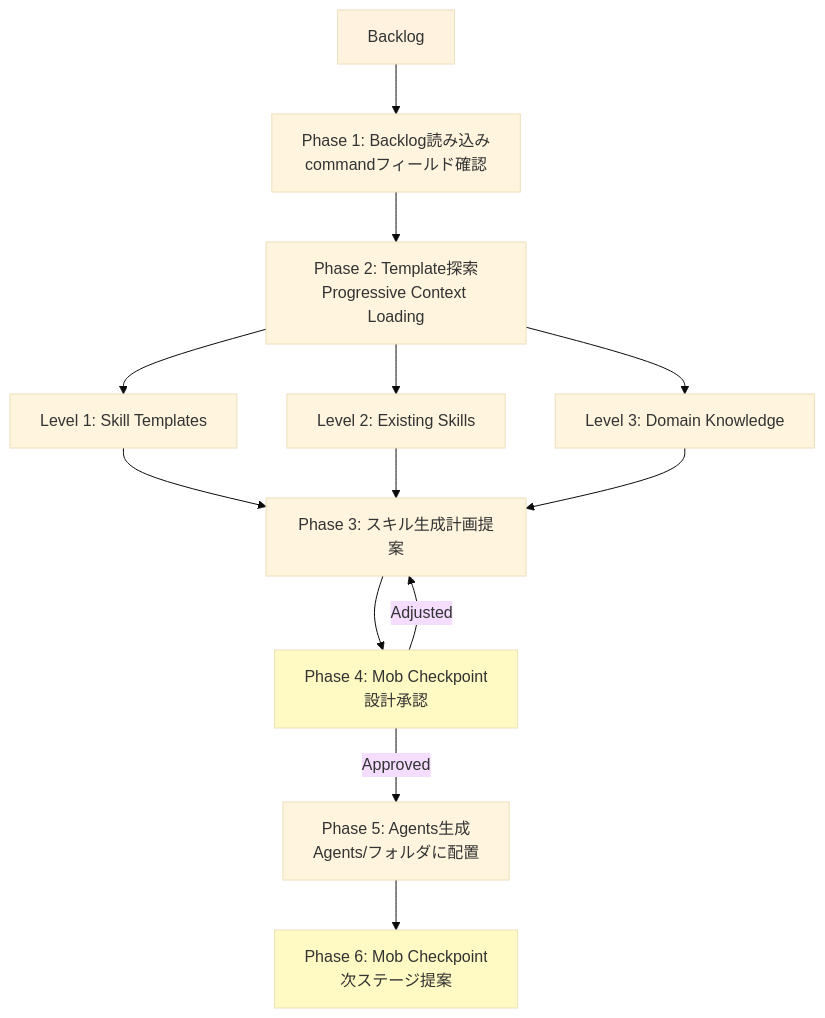
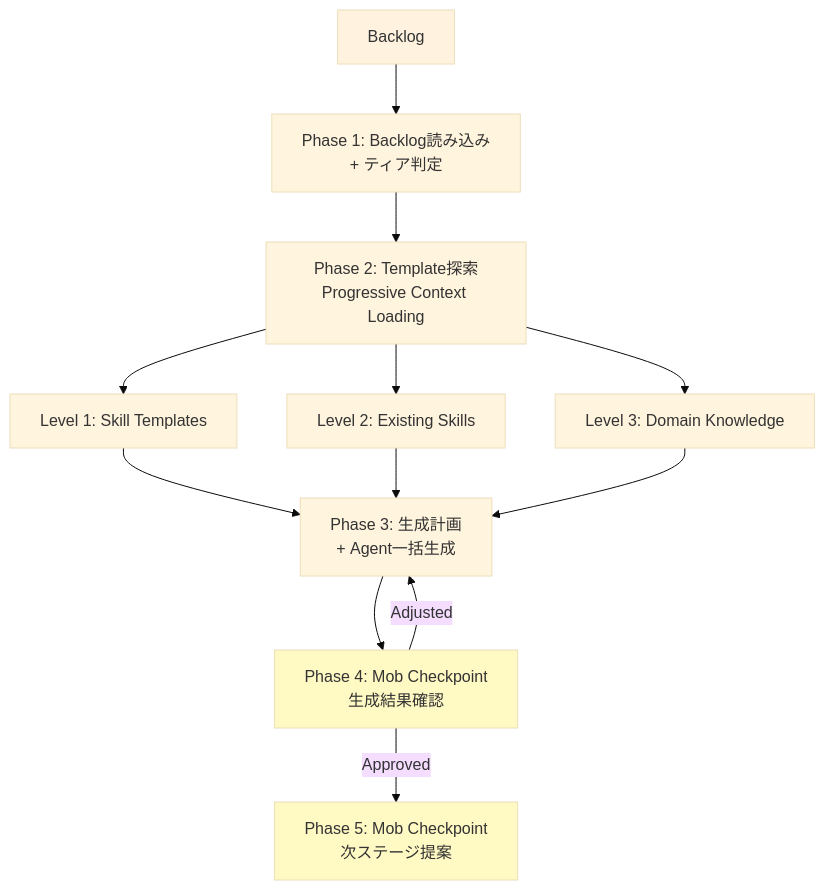
One commit to miyatti777/ai-plc changed the diagram in core/skills/ai-plc/03-construction/SKILL.md. Above: the diagram before and after it, drawn with Mermaid (base theme). The commit also changed other lines of this file and 6 other files, not shown here.

````diff
--- a/core/skills/ai-plc/03-construction/SKILL.md
+++ b/core/skills/ai-plc/03-construction/SKILL.md
@@ -42,24 +46,23 @@
 ```mermaid
 flowchart TD
     START["Backlog"] --> READ["Phase 1: Backlog読み込み
-commandフィールド確認"]
++ ティア判定"]
     READ --> SEARCH["Phase 2: Template探索
 Progressive Context Loading"]
     SEARCH --> L1["Level 1: Skill Templates"]
     SEARCH --> L2["Level 2: Existing Skills"]
     SEARCH --> L3["Level 3: Domain Knowledge"]
-    L1 --> PLAN["Phase 3: スキル生成計画提案"]
-    L2 --> PLAN
-    L3 --> PLAN
-    PLAN --> MOB["Phase 4: Mob Checkpoint
-設計承認"]
-    MOB -->|"Approved"| GEN["Phase 5: Agents生成
-Agents/フォルダに配置"]
-    MOB -->|"Adjusted"| PLAN
-    GEN --> EXIT["Phase 6: Mob Checkpoint
+    L1 --> GEN["Phase 3: 生成計画
++ Agent一括生成"]
+    L2 --> GEN
+    L3 --> GEN
+    GEN --> MOB["Phase 4: Mob Checkpoint
+生成結果確認"]
+    MOB -->|"Approved"| EXIT["Phase 5: Mob Checkpoint
 次ステージ提案"]
+    MOB -->|"Adjusted"| GEN
     
     style START fill:#fff3e0
     style MOB fill:#fff9c4
     style EXIT fill:#fff9c4
 ```
````
